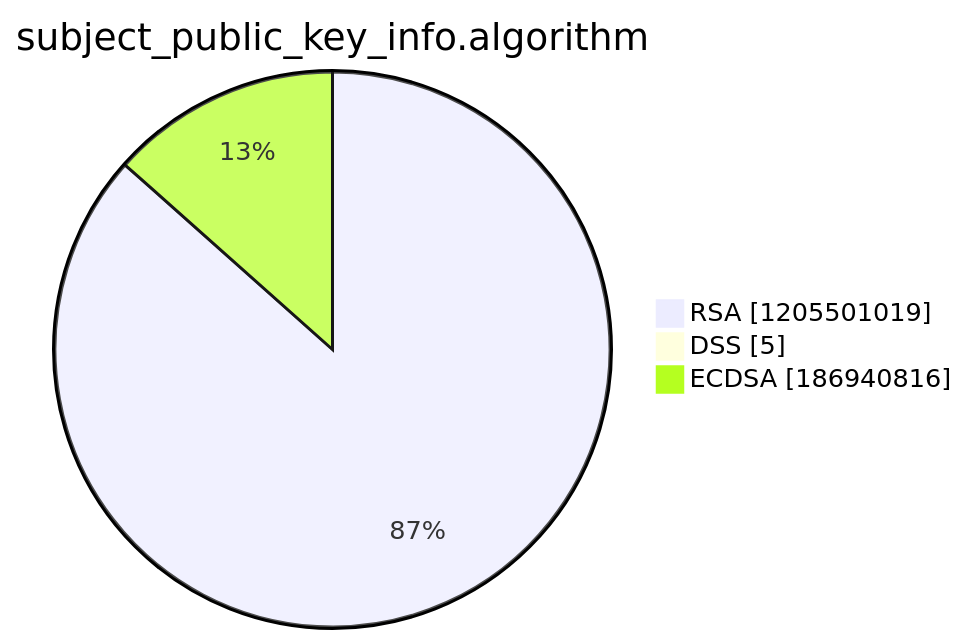
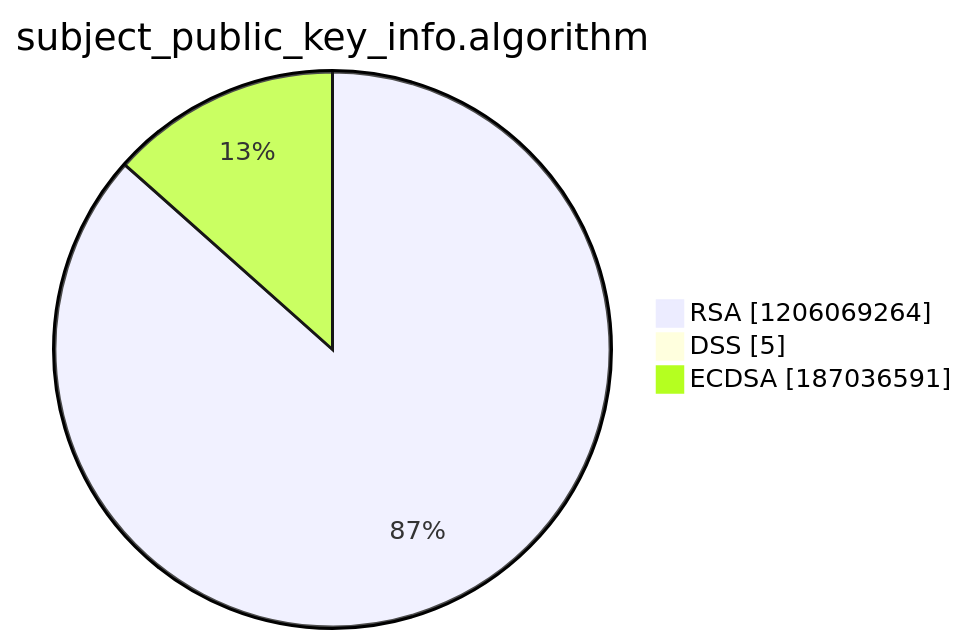
Before and after one commit to christiankrug/ctmonitor_visualization: the third of 15 diagrams in argon2022/README.md, drawn with Mermaid. The commit also changed other lines of this file, not shown here.

````diff
--- a/argon2022/README.md
+++ b/argon2022/README.md
@@ -14,7 +14,7 @@
 ```mermaid
 pie showData
 title subject_public_key_info.algorithm
-"RSA" :1205501019
+"RSA" :1206069264
 "DSS" :5
-"ECDSA" :186940816
+"ECDSA" :187036591
 ```
````
